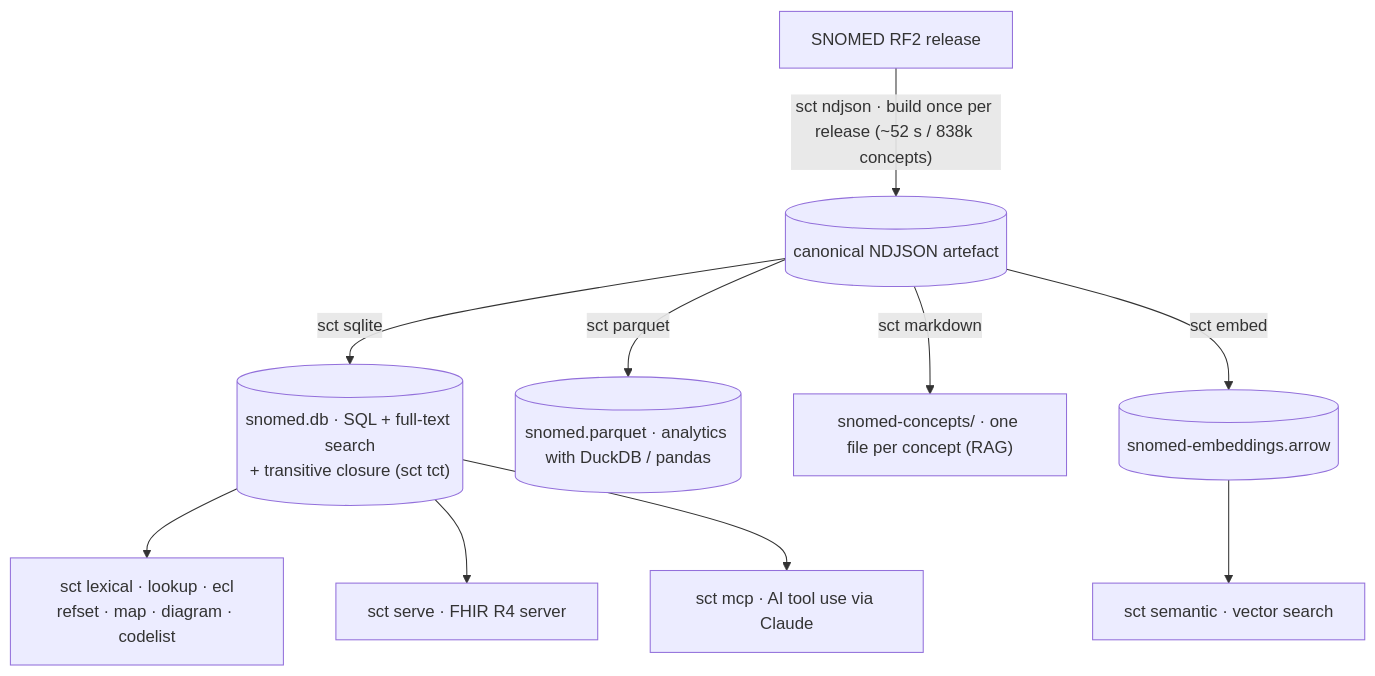
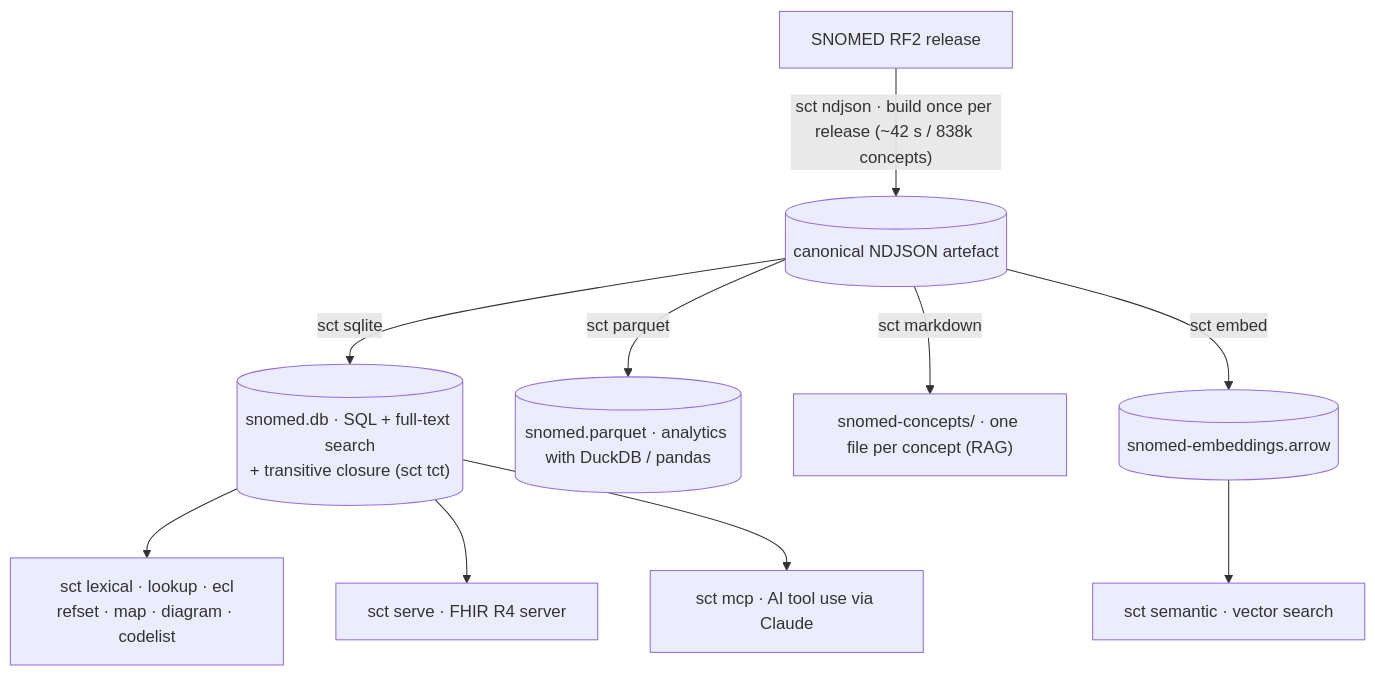
One commit to pacharanero/sct changed the diagram in docs/walkthrough/index.md. Above: the diagram before and after it, drawn with Mermaid. The commit also changed other lines of this file and 3 other files, not shown here.

````diff
--- a/docs/walkthrough/index.md
+++ b/docs/walkthrough/index.md
@@ -35,14 +35,14 @@
 ```mermaid
 flowchart TD
-    RF2["SNOMED RF2 release"] -->|"sct ndjson · build once per release (~52 s / 838k concepts)"| N[("canonical NDJSON artefact")]
+    RF2["SNOMED RF2 release"] -->|"sct ndjson · build once per release (~42 s / 838k concepts)"| N[("canonical NDJSON artefact")]
 
     N -->|"sct sqlite"| DB[("snomed.db · SQL + full-text search<br/>+ transitive closure (sct tct)")]
     N -->|"sct parquet"| PQ[("snomed.parquet · analytics with DuckDB / pandas")]
     N -->|"sct markdown"| MD["snomed-concepts/ · one file per concept (RAG)"]
     N -->|"sct embed"| AR[("snomed-embeddings.arrow")]
 
     DB --> QUERY["sct lexical · lookup · ecl<br/>refset · map · diagram · codelist"]
     DB --> SERVE["sct serve · FHIR R4 server"]
     DB --> MCP["sct mcp · AI tool use via Claude"]
     AR --> SEM["sct semantic · vector search"]
 ```
````
